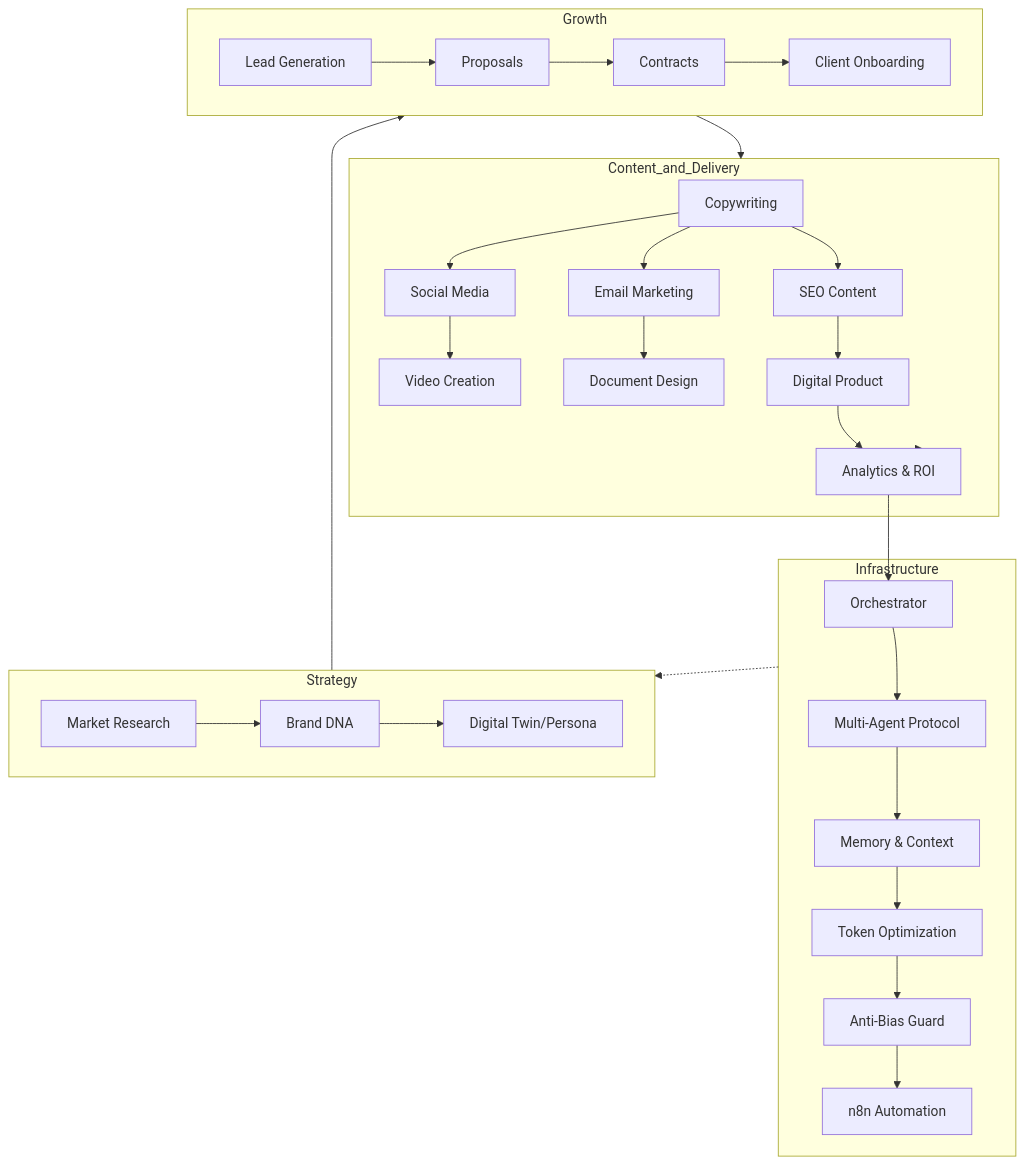
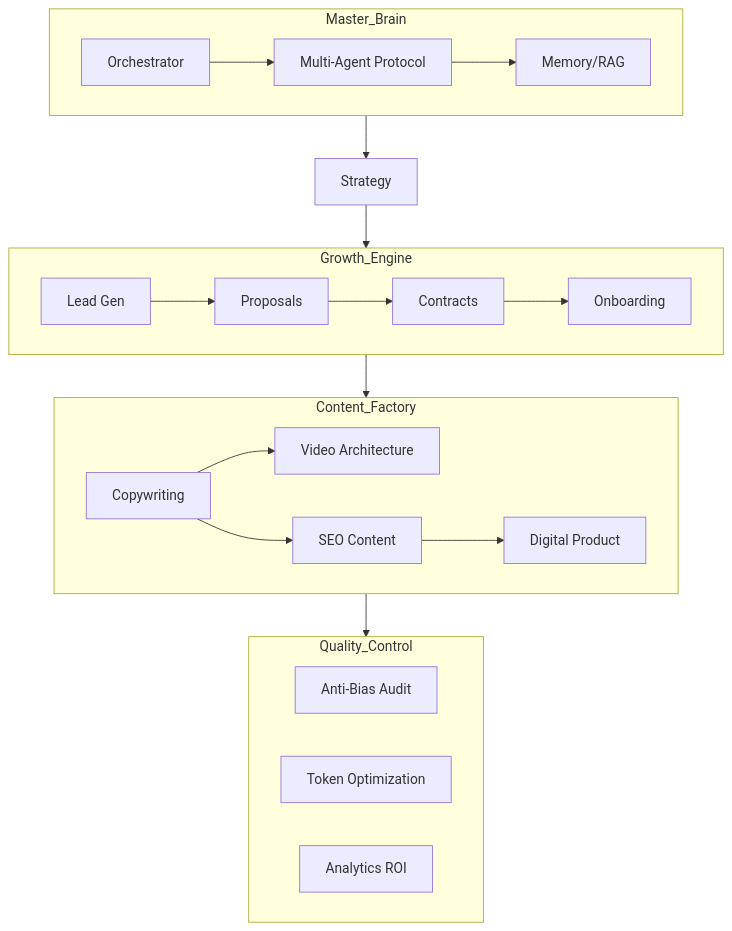
One commit to kenbenju/idealab-multiagent-skills changed the diagram in README.md. Above: the diagram before and after it, drawn with Mermaid. The commit also changed other lines of this file and 23 other files, not shown here.

````diff
--- a/README.md
+++ b/README.md
@@ -13,42 +12,30 @@
 ```mermaid
 graph TD
-    %% Infrastructure Layer
-    subgraph Infrastructure
+    subgraph Master_Brain
         ORC[Orchestrator] --> MA[Multi-Agent Protocol]
-        MA --> MEM[Memory & Context]
-        MEM --> TO[Token Optimization]
-        TO --> AB[Anti-Bias Guard]
-        AB --> N8N[n8n Automation]
+        MA --> MEM[Memory/RAG]
     end
 
-    %% Strategy Layer
-    subgraph Strategy
-        MR[Market Research] --> BD[Brand DNA]
-        BD --> DT[Digital Twin/Persona]
+    subgraph Growth_Engine
+        LG[Lead Gen] --> PR[Proposals]
+        PR --> CON[Contracts]
+        CON --> ONB[Onboarding]
     end
 
-    %% Growth Layer
-    subgraph Growth
-        LG[Lead Generation] --> PR[Proposals]
-        PR --> CON[Contracts]
-        CON --> ONB[Client Onboarding]
+    subgraph Content_Factory
+        CPY[Copywriting] --> VID[Video Architecture]
+        CPY --> SEO[SEO Content]
+        SEO --> DP[Digital Product]
     end
 
-    %% Creation/Delivery Layer
-    subgraph Content_and_Delivery
-        CPY[Copywriting] --> SM[Social Media]
-        CPY --> EMA[Email Marketing]
-        SM --> VID[Video Creation]
-        CPY --> SEO[SEO Content]
-        EMA --> DOC[Document Design]
-        SEO --> DPR[Digital Product]
-        DPR --> ANL[Analytics & ROI]
+    subgraph Quality_Control
+        AB[Anti-Bias Audit]
+        TO[Token Optimization]
+        ANL[Analytics ROI]
     end
 
-    %% Connections
-    Infrastructure -.-> Strategy
-    Strategy --> Growth
-    Growth --> Content_and_Delivery
-    Content_and_Delivery --> ANL
-    ANL --> ORC
+    Master_Brain --> Strategy
+    Strategy --> Growth_Engine
+    Growth_Engine --> Content_Factory
+    Content_Factory --> Quality_Control
 ```
````
